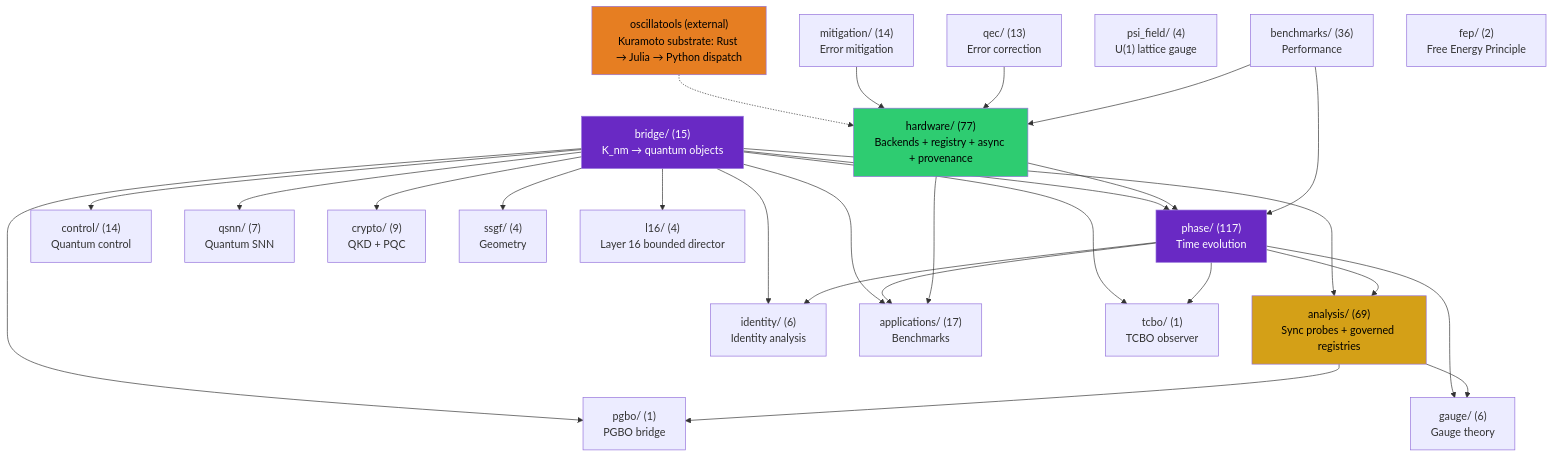
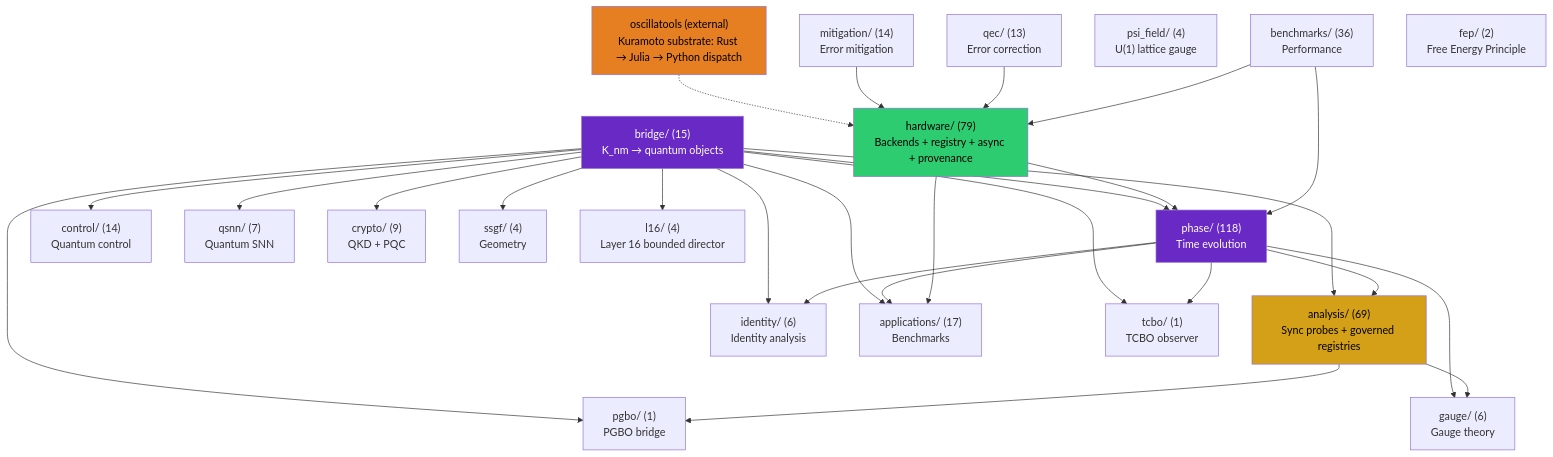
The first of 4 diagrams in docs/architecture.md (anulum/scpn-quantum-control), drawn with Mermaid before and after one commit. The commit also changed other lines of this file and 2 other files, not shown here.

Commit message:
fix: reproduce full Quantum suite in Docker
Include the documented toolchain source and align module inventory counts with the source tree exercised by the reproduction image.

Seat: mudb2kr6

Authored by Anulum Fortis & Arcane Sapience (protoscience@anulum.li)

````diff
--- a/docs/architecture.md
+++ b/docs/architecture.md
@@ -484,55 +484,55 @@
 ```mermaid
 graph TD
     bridge["bridge/ (15)\nK_nm → quantum objects"]
-    phase["phase/ (117)\nTime evolution"]
+    phase["phase/ (118)\nTime evolution"]
     analysis["analysis/ (69)\nSync probes + governed registries"]
     control["control/ (14)\nQuantum control"]
     qsnn["qsnn/ (7)\nQuantum SNN"]
     identity["identity/ (6)\nIdentity analysis"]
-    hardware["hardware/ (77)\nBackends + registry + async + provenance"]
+    hardware["hardware/ (79)\nBackends + registry + async + provenance"]
     mitigation["mitigation/ (14)\nError mitigation"]
     qec["qec/ (13)\nError correction"]
     gauge["gauge/ (6)\nGauge theory"]
     apps["applications/ (17)\nBenchmarks"]
     crypto["crypto/ (9)\nQKD + PQC"]
     benchmarks["benchmarks/ (36)\nPerformance"]
     ssgf["ssgf/ (4)\nGeometry"]
     psi_field["psi_field/ (4)\nU(1) lattice gauge"]
     oscillatools["oscillatools (external)\nKuramoto substrate: Rust → Julia → Python dispatch"]
     fep["fep/ (2)\nFree Energy Principle"]
     tcbo["tcbo/ (1)\nTCBO observer"]
     pgbo["pgbo/ (1)\nPGBO bridge"]
     l16["l16/ (4)\nLayer 16 bounded director"]
 
     bridge --> phase
     bridge --> analysis
     bridge --> control
     bridge --> qsnn
     bridge --> identity
     bridge --> apps
     bridge --> crypto
     bridge --> ssgf
     phase --> analysis
     phase --> identity
     phase --> apps
     phase --> gauge
     analysis --> gauge
     hardware --> phase
     hardware --> apps
     oscillatools -.-> hardware
     mitigation --> hardware
     qec --> hardware
     benchmarks --> phase
     benchmarks --> hardware
     bridge --> tcbo
     bridge --> pgbo
     bridge --> l16
     phase --> tcbo
     analysis --> pgbo
 
     style bridge fill:#6929C4,color:#fff
     style analysis fill:#d4a017,color:#000
     style phase fill:#6929C4,color:#fff
     style hardware fill:#2ecc71,color:#000
     style oscillatools fill:#e67e22,color:#000
 ```
````
